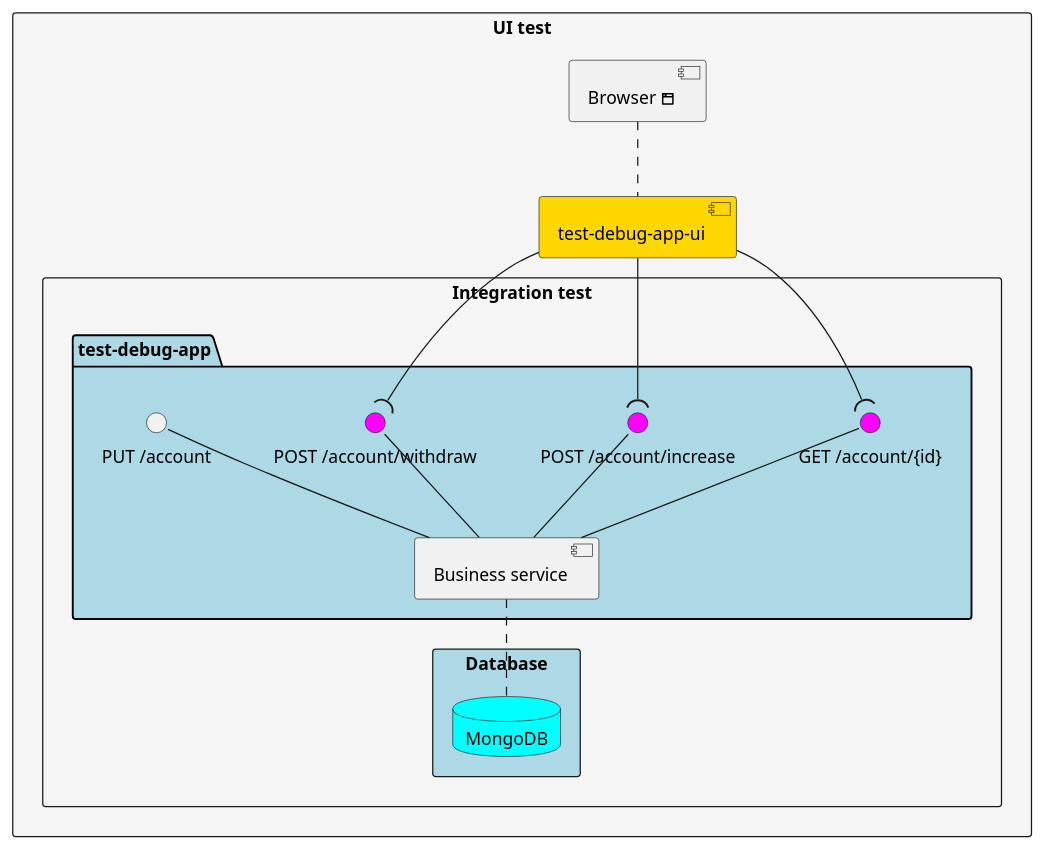
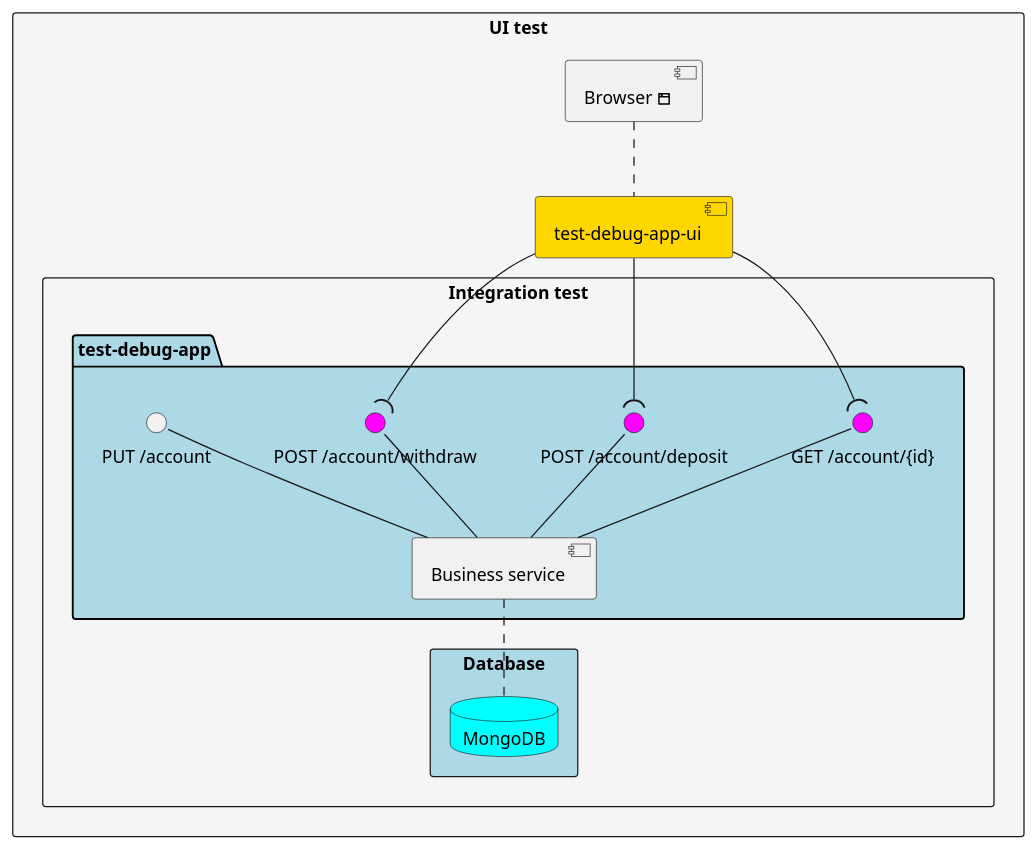
The diagram in src/main/resources/system_diagram.puml (micsigen/test-debug-app), drawn with PlantUML before and after one commit. The commit also changed 3 other files, not shown here.

```diff
--- a/src/main/resources/system_diagram.puml
+++ b/src/main/resources/system_diagram.puml
@@ -1,34 +1,34 @@
 @startuml name "System diagram"
 
 rectangle "UI test" #whitesmoke {
 
   rectangle [Browser <&browser>] as browser
 
   [test-debug-app-ui] as ui #gold
   rectangle "Integration test" #whitesmoke {
 
     package "test-debug-app" #lightblue {
         () "GET /account/{id}" as query_endpoint #magenta
-        () "POST /account/increase" as increase_endpoint #magenta
+        () "POST /account/deposit" as deposit_endpoint #magenta
         () "POST /account/withdraw" as withdraw_endpoint #magenta
         () "PUT /account" as create_endpoint
         [Business service] as service
         query_endpoint -- service
-        increase_endpoint -- service
+        deposit_endpoint -- service
         withdraw_endpoint -- service
         create_endpoint -- service
     }
 
     rectangle "Database" #lightblue {
         database "MongoDB" as db #aqua
     }
 
     service -down. db
     browser -down. ui
 
   }
   ui -down-( query_endpoint
-  ui -down-( increase_endpoint
+  ui -down-( deposit_endpoint
   ui -down-( withdraw_endpoint
 }
 @enduml
```
